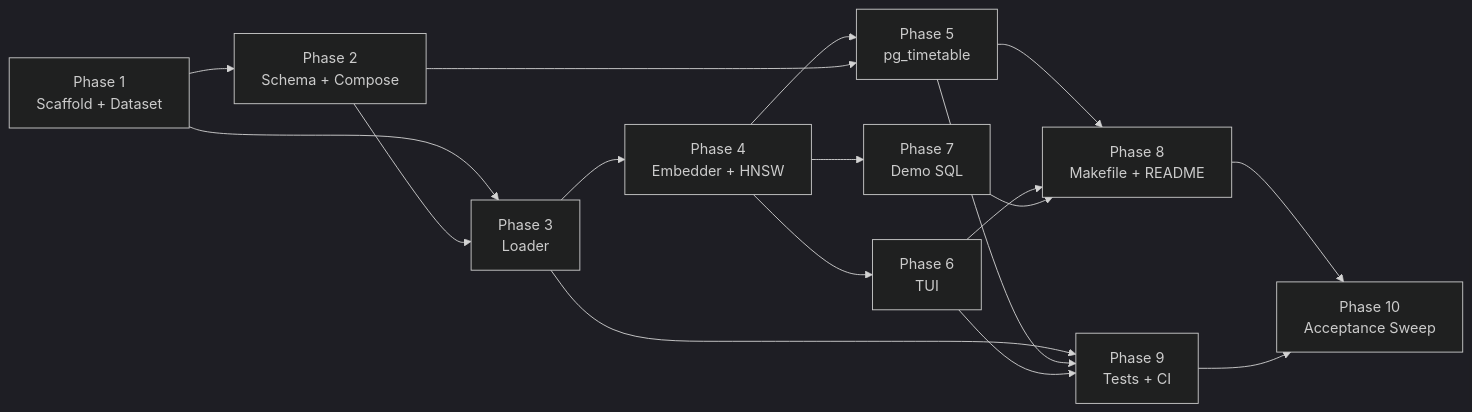
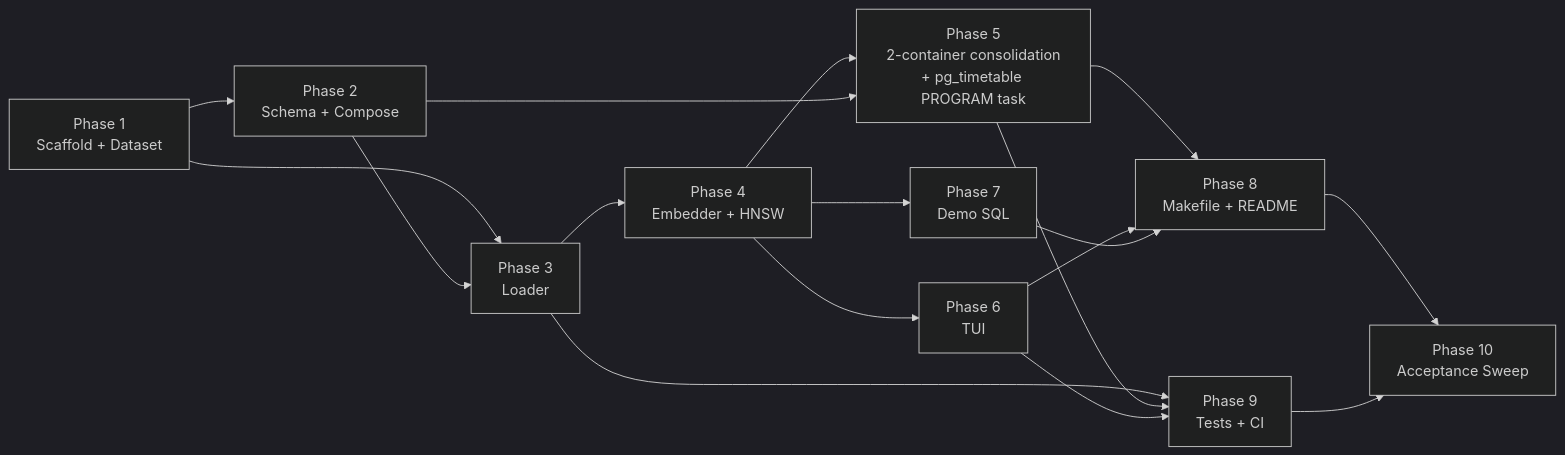
Before and after one commit to pashagolub/hops-n-vectors: the diagram in plan/plan-implementation-pgvector-beer-showcase.md, drawn with Mermaid (dark theme). The commit also changed other lines of this file and 6 other files, not shown here.

````diff
--- a/plan/plan-implementation-pgvector-beer-showcase.md
+++ b/plan/plan-implementation-pgvector-beer-showcase.md
@@ -221,19 +231,19 @@
 ```mermaid
 graph LR
     P1[Phase 1<br/>Scaffold + Dataset] --> P2[Phase 2<br/>Schema + Compose]
     P1 --> P3[Phase 3<br/>Loader]
     P2 --> P3
     P3 --> P4[Phase 4<br/>Embedder + HNSW]
-    P4 --> P5[Phase 5<br/>pg_timetable]
+    P4 --> P5[Phase 5<br/>2-container consolidation<br/>+ pg_timetable PROGRAM task]
     P2 --> P5
     P4 --> P6[Phase 6<br/>TUI]
     P4 --> P7[Phase 7<br/>Demo SQL]
     P5 --> P8[Phase 8<br/>Makefile + README]
     P6 --> P8
     P7 --> P8
     P3 --> P9[Phase 9<br/>Tests + CI]
     P5 --> P9
     P6 --> P9
     P8 --> P10[Phase 10<br/>Acceptance Sweep]
     P9 --> P10
 ```
````
